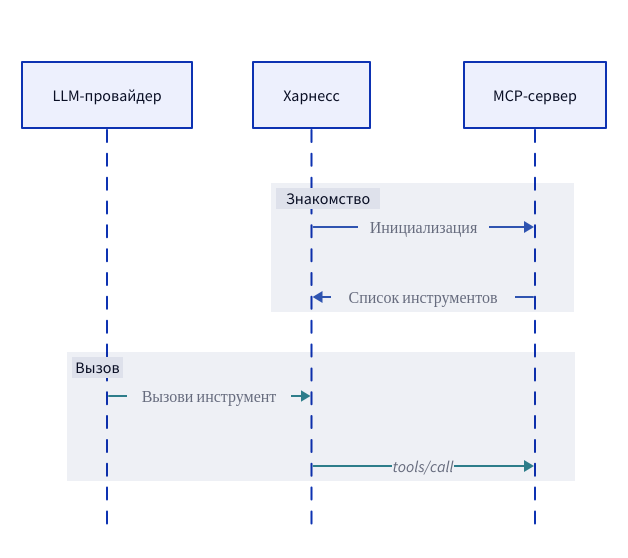
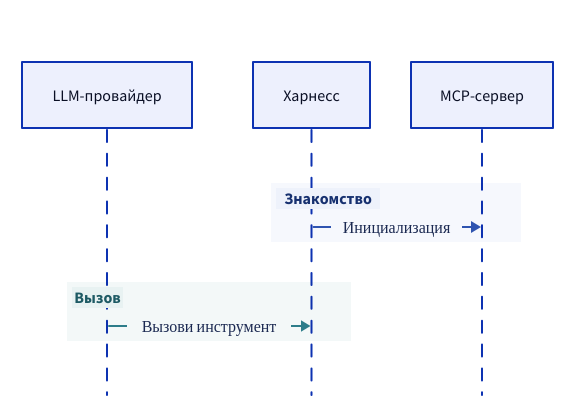
The third of 8 diagrams in .agents/skills/d2-diagrams/SKILL.md (human-turn/human-turn.github.io), drawn with D2 before and after one commit. The commit also changed other lines of this file and 2 other files, not shown here.

First line of the commit message:
feat(d2): MCP-серверы как субпроцессы на схеме + конвенции в скилл

````diff
--- a/.agents/skills/d2-diagrams/SKILL.md
+++ b/.agents/skills/d2-diagrams/SKILL.md
@@ -66,27 +78,29 @@
 ```d2
 flow: "" {
   shape: sequence_diagram
 
   llm: LLM-провайдер
   harness: Харнесс
   mcp: MCP-сервер
 
   discovery: Знакомство {
+    style.fill: "#eef2fb"      # фаза кобальтового тона
+    style.font-color: "#16306f"
+    style.bold: true
     harness -> mcp: Инициализация {
       style.stroke: "#2f54b0"
-    }
-    mcp -> harness: Список инструментов {
-      style.stroke: "#2f54b0"
+      style.font-color: "#1c2a52"  # тёмный текст сообщения — контраст на фоне полосы
     }
   }
 
   call: Вызов {
+    style.fill: "#e8f2f2"      # вторая фаза — бирюзовый тон, чтобы фазы различались не только разрывом
+    style.font-color: "#1d5a64"
+    style.bold: true
     llm -> harness: Вызови инструмент {
       style.stroke: "#2d7d8a"
-    }
-    harness -> mcp: tools/call {
-      style.stroke: "#2d7d8a"
+      style.font-color: "#1c2a52"
     }
   }
 }
 ```
````
